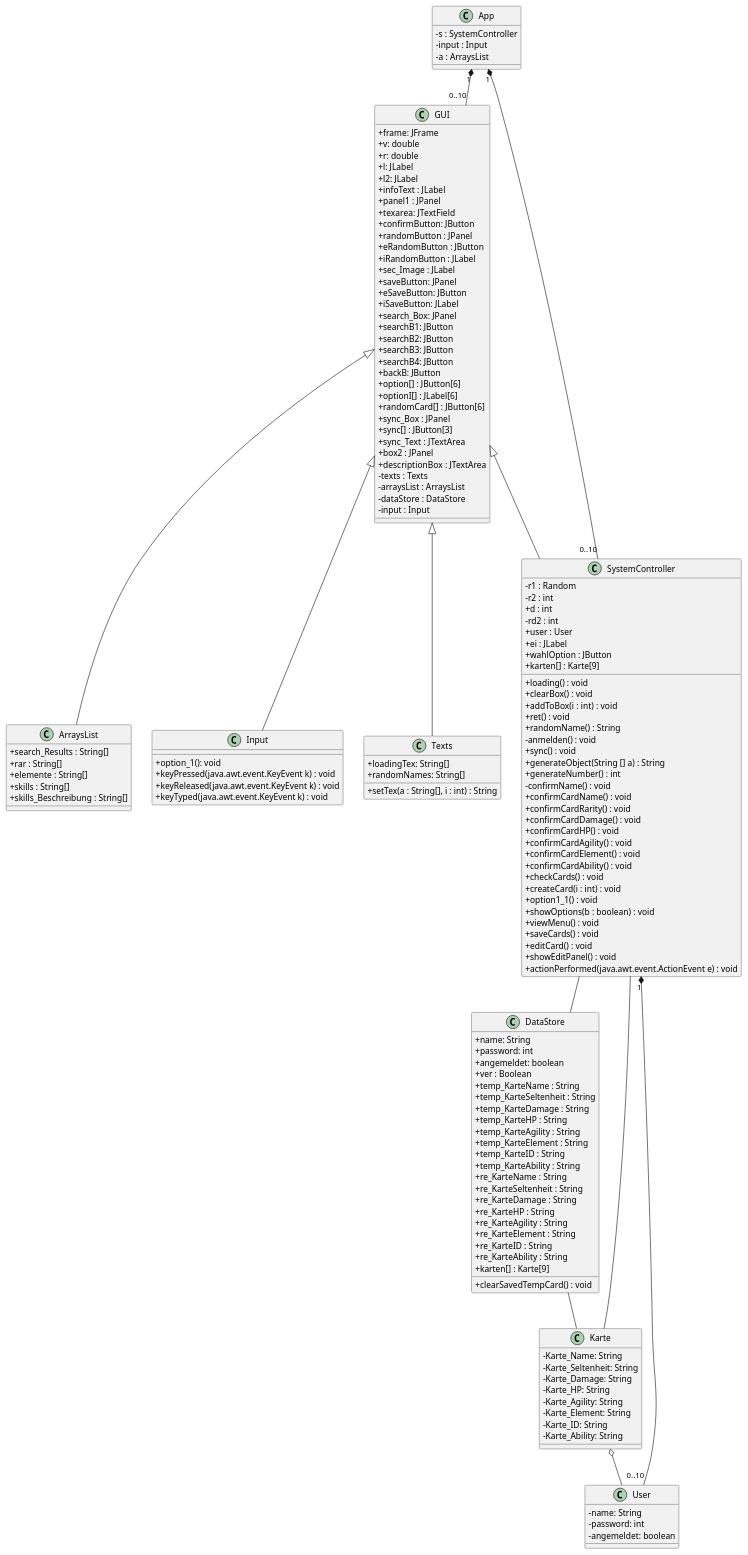
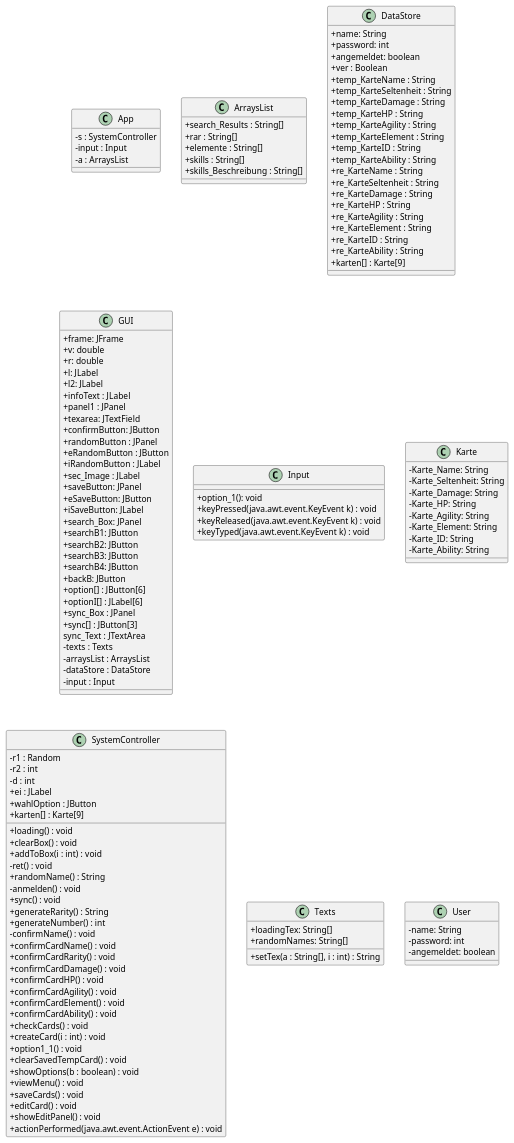
Before and after one commit to teach404W/Verwaltungssoftware_Team_2: the diagram in Docs/Pflichtenheft/Diagramme/Klassendiagramm.iuml, drawn with PlantUML. The commit also changed 11 other files, not shown here.

```diff
--- a/Docs/Pflichtenheft/Diagramme/Klassendiagramm.iuml
+++ b/Docs/Pflichtenheft/Diagramme/Klassendiagramm.iuml
@@ -1,169 +1,155 @@
 @startuml
 skinparam classAttributeIconSize 0
 
 class App{
  -s : SystemController
  -input : Input
  -a : ArraysList
 }
 
 
 
 class ArraysList{
 +search_Results : String[]
 +rar : String[]
 +elemente : String[]
 +skills : String[]
 +skills_Beschreibung : String[]
 
  }
  
  class DataStore{
  +name: String
  +password: int
  +angemeldet: boolean
  +ver : Boolean
  +temp_KarteName : String
  +temp_KarteSeltenheit : String
  +temp_KarteDamage : String
  +temp_KarteHP : String
  +temp_KarteAgility : String
  +temp_KarteElement : String
  +temp_KarteID : String
  +temp_KarteAbility : String    
  +re_KarteName : String
  +re_KarteSeltenheit : String
  +re_KarteDamage : String
  +re_KarteHP : String
  +re_KarteAgility : String
  +re_KarteElement : String
  +re_KarteID : String
  +re_KarteAbility : String
  +karten[] : Karte[9]
- +clearSavedTempCard() : void
 }
 
 
 
 
 
 class GUI{
  +frame: JFrame
  +v: double
  +r: double
  +l: JLabel
  +l2: JLabel
  +infoText : JLabel
  +panel1 : JPanel
  +texarea: JTextField
  +confirmButton: JButton
  +randomButton : JPanel
  +eRandomButton : JButton
  +iRandomButton : JLabel
  +sec_Image : JLabel
  +saveButton: JPanel
  +eSaveButton: JButton
  +iSaveButton: JLabel
  +search_Box: JPanel
  +searchB1: JButton
  +searchB2: JButton
  +searchB3: JButton
  +searchB4: JButton
  +backB: JButton
  +option[] : JButton[6]
  +optionI[] : JLabel[6]
- +randomCard[] : JButton[6]
  +sync_Box : JPanel
  +sync[] : JButton[3]
- +sync_Text : JTextArea
- +box2 : JPanel
- +descriptionBox : JTextArea
+ sync_Text : JTextArea
  -texts : Texts
  -arraysList : ArraysList
  -dataStore : DataStore
  -input : Input
 
 }
 
 
 class Input{
  +option_1(): void
  +keyPressed(java.awt.event.KeyEvent k) : void
  +keyReleased(java.awt.event.KeyEvent k) : void
  +keyTyped(java.awt.event.KeyEvent k) : void
 }
 
 class Karte{
  -Karte_Name: String
  -Karte_Seltenheit: String
  -Karte_Damage: String
  -Karte_HP: String
  -Karte_Agility: String
  -Karte_Element: String
  -Karte_ID: String
  -Karte_Ability: String
 
 }
 
 class SystemController{
 -r1 : Random
 -r2 : int
-+d : int
--rd2 : int
-+user : User
+-d : int
 +ei : JLabel
 +wahlOption : JButton
  +karten[] : Karte[9]
  +loading() : void
  +clearBox() : void
  +addToBox(i : int) : void
- +ret() : void
+ -ret() : void
  +randomName() : String
  -anmelden() : void
  +sync() : void
- +generateObject(String [] a) : String
+ +generateRarity() : String
  +generateNumber() : int
  -confirmName() : void
  +confirmCardName() : void
  +confirmCardRarity() : void
  +confirmCardDamage() : void
  +confirmCardHP() : void
  +confirmCardAgility() : void
  +confirmCardElement() : void
  +confirmCardAbility() : void
  +checkCards() : void
  +createCard(i : int) : void
  +option1_1() : void
+ +clearSavedTempCard() : void
  +showOptions(b : boolean) : void
  +viewMenu() : void
  +saveCards() : void
  +editCard() : void
  +showEditPanel() : void
  +actionPerformed(java.awt.event.ActionEvent e) : void
 }
 
 
 class Texts{
 +loadingTex: String[]
 +randomNames: String[]
 +setTex(a : String[], i : int) : String
 }
 
 class User{
  -name: String
  -password: int
  -angemeldet: boolean
 }
 
-GUI <|-- SystemController
-SystemController -- DataStore
-SystemController "1" *-- "0..10" User
-GUI <|-- Input
-App "1" *-- "0..10" SystemController
-App "1" *-- "0..10" GUI
-GUI <|-- Texts
-GUI <|-- ArraysList
-DataStore -- Karte
-SystemController -- Karte
-Karte o-- User
+
+
 @enduml
```
